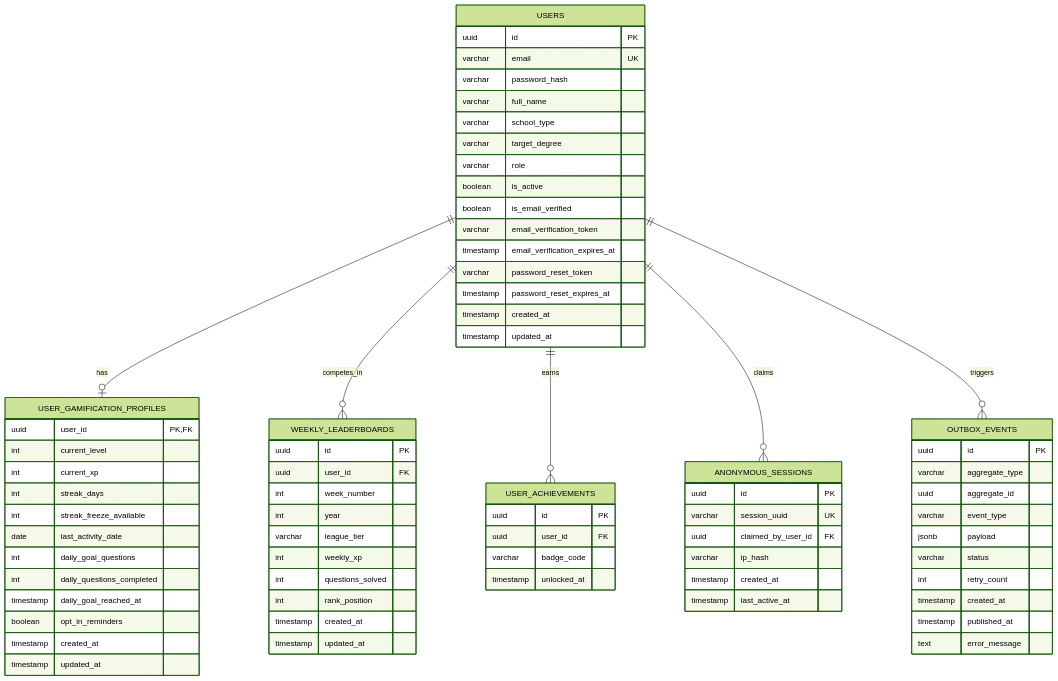
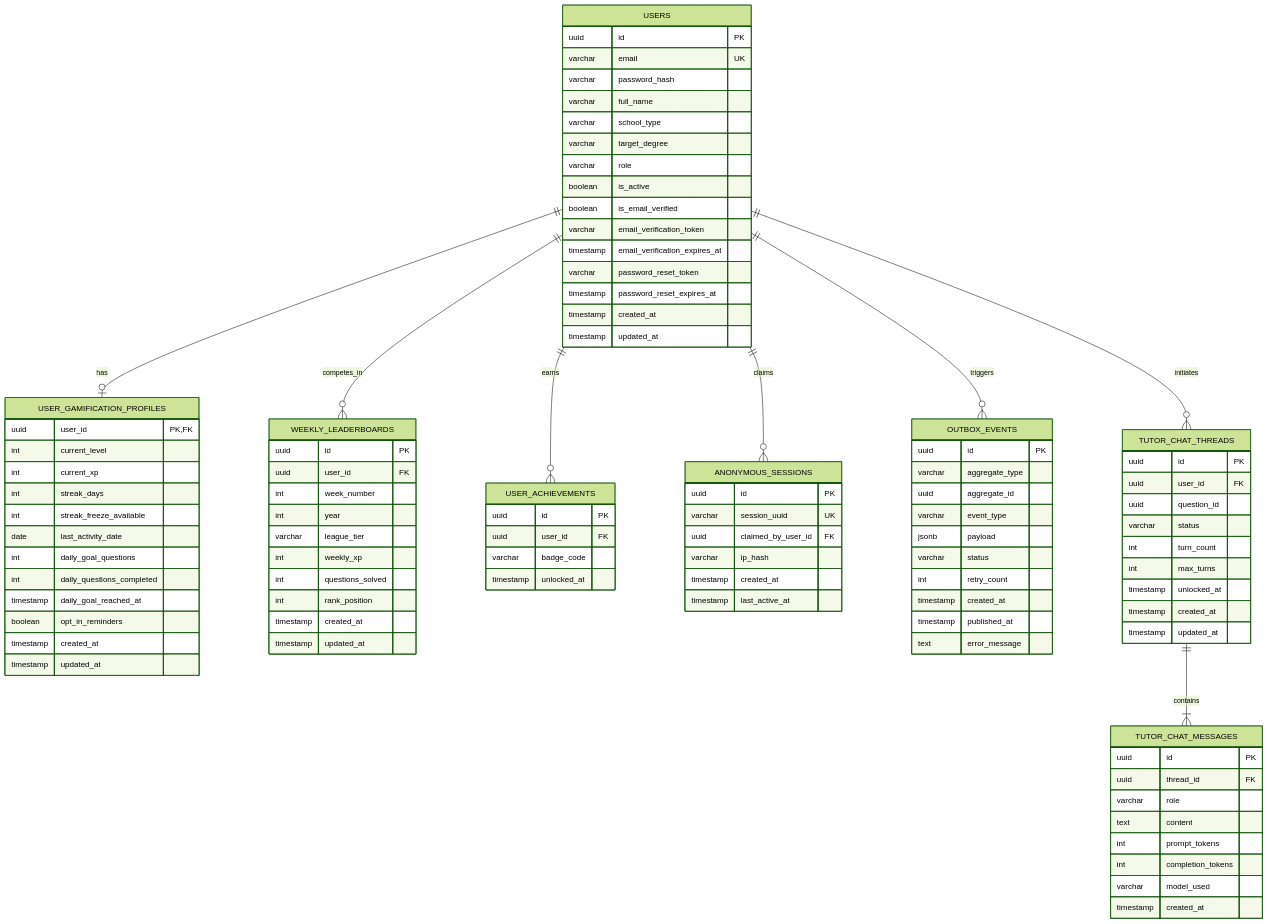
One commit to Veras-D/AprovaENEM changed the fourth of 7 diagrams in docs/sprint-1/04-data-modeling.md. Above: the diagram before and after it, drawn with Mermaid (forest theme). The commit also changed other lines of this file and 4 other files, not shown here.

Commit message:
feat(tutor): architect per-question multi-turn chat threads, reset lifecycle, and 90-day retention

````diff
--- a/docs/sprint-1/04-data-modeling.md
+++ b/docs/sprint-1/04-data-modeling.md
@@ -300,6 +325,8 @@
     USERS ||--o{ USER_ACHIEVEMENTS : earns
     USERS ||--o{ ANONYMOUS_SESSIONS : claims
     USERS ||--o{ OUTBOX_EVENTS : triggers
+    USERS ||--o{ TUTOR_CHAT_THREADS : initiates
+    TUTOR_CHAT_THREADS ||--|{ TUTOR_CHAT_MESSAGES : contains
 
     USERS {
         uuid id PK
@@ -375,4 +402,27 @@
         timestamp published_at
         text error_message
     }
+
+    TUTOR_CHAT_THREADS {
+        uuid id PK
+        uuid user_id FK
+        uuid question_id
+        varchar status
+        int turn_count
+        int max_turns
+        timestamp unlocked_at
+        timestamp created_at
+        timestamp updated_at
+    }
+
+    TUTOR_CHAT_MESSAGES {
+        uuid id PK
+        uuid thread_id FK
+        varchar role
+        text content
+        int prompt_tokens
+        int completion_tokens
+        varchar model_used
+        timestamp created_at
+    }
 ```
````
